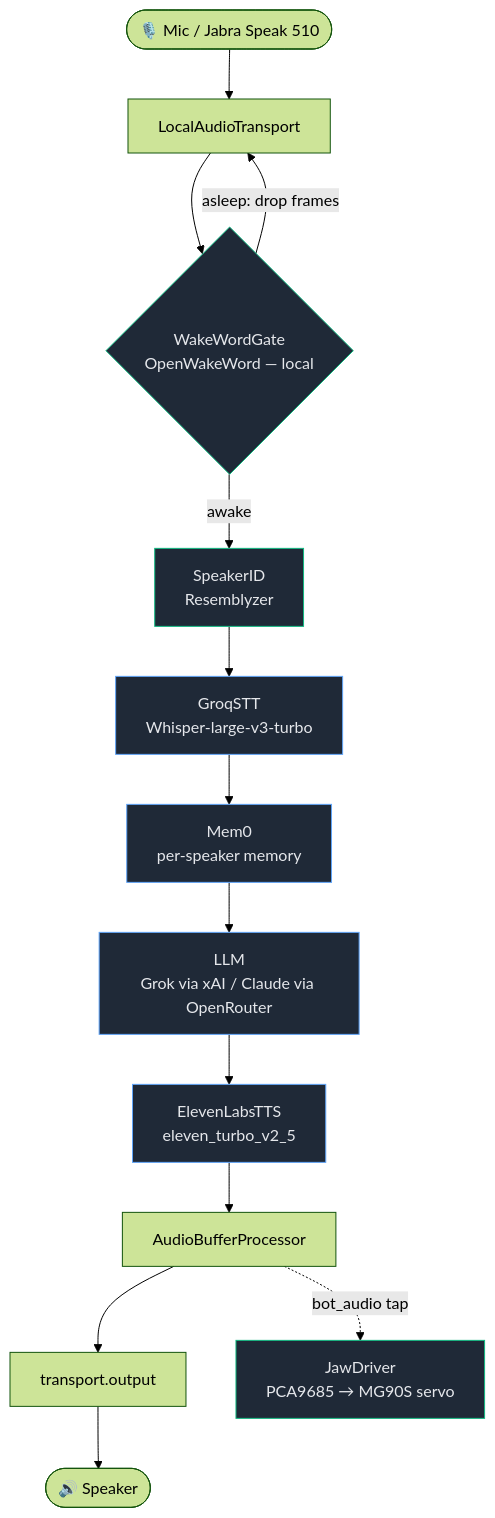
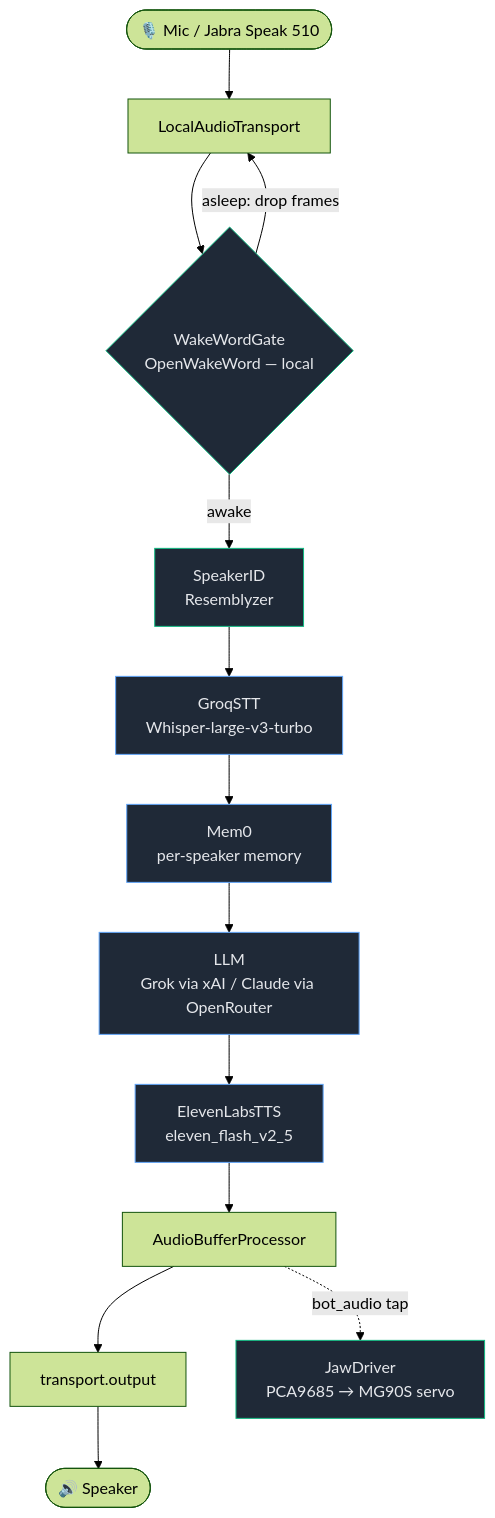
The diagram in docs/ARCHITECTURE.md (jasonm4130/larry), drawn with Mermaid (forest theme) before and after one commit. The commit also changed other lines of this file and 6 other files, not shown here.

First line of the commit message:
fix(config): bump stale model defaults (TTS turbo->flash, LLM fallback sonnet-4-6->sonnet-5)

````diff
--- a/docs/ARCHITECTURE.md
+++ b/docs/ARCHITECTURE.md
@@ -7,19 +7,19 @@
 ```mermaid
 flowchart TD
     mic([🎙️ Mic / Jabra Speak 510]) --> transport[LocalAudioTransport]
     transport --> wake{WakeWordGate<br/>OpenWakeWord — local}
     wake -->|asleep: drop frames| transport
     wake -->|awake| spk[SpeakerID<br/>Resemblyzer]
     spk --> stt[GroqSTT<br/>Whisper-large-v3-turbo]
     stt --> mem[Mem0<br/>per-speaker memory]
     mem --> llm[LLM<br/>Grok via xAI / Claude via OpenRouter]
-    llm --> tts[ElevenLabsTTS<br/>eleven_turbo_v2_5]
+    llm --> tts[ElevenLabsTTS<br/>eleven_flash_v2_5]
     tts --> buf[AudioBufferProcessor]
     buf --> out[transport.output] --> spkr([🔊 Speaker])
     buf -. bot_audio tap .-> jaw[JawDriver<br/>PCA9685 → MG90S servo]
 
     classDef local fill:#1f2937,stroke:#10b981,color:#e5e7eb
     classDef cloud fill:#1f2937,stroke:#60a5fa,color:#e5e7eb
     class wake,spk,jaw local
     class stt,mem,llm,tts cloud
 ```
````
